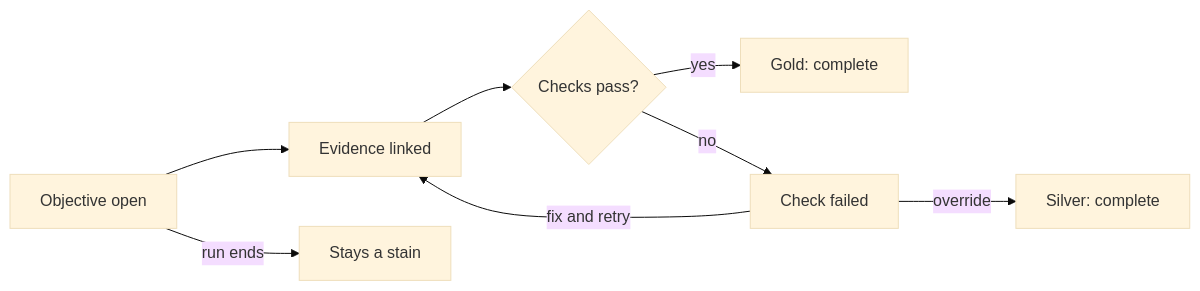
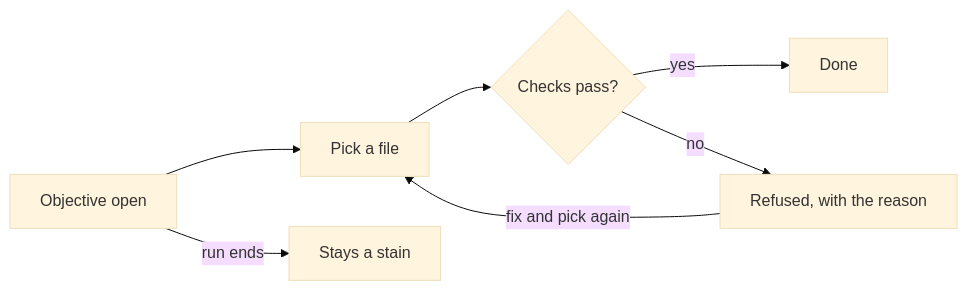
The diagram in docs/Design Document.md (ImPanyAngel/StudyQuest), drawn with Mermaid (base theme) before and after one commit. The commit also changed other lines of this file, not shown here.

Commit message:
docs: design doc for file checks and one DONE mark

````diff
--- a/docs/Design Document.md
+++ b/docs/Design Document.md
@@ -55,10 +54,9 @@
 ```mermaid
 flowchart LR
-  A[Objective open] --> B[Evidence linked]
+  A[Objective open] --> B[Pick a file]
   B --> C{Checks pass?}
-  C -- yes --> D[Gold: complete]
-  C -- no --> E[Check failed]
-  E -- fix and retry --> B
-  E -- override --> F[Silver: complete]
+  C -- yes --> D[Done]
+  C -- no --> E[Refused, with the reason]
+  E -- fix and pick again --> B
   A -- run ends --> G[Stays a stain]
 ```
````
